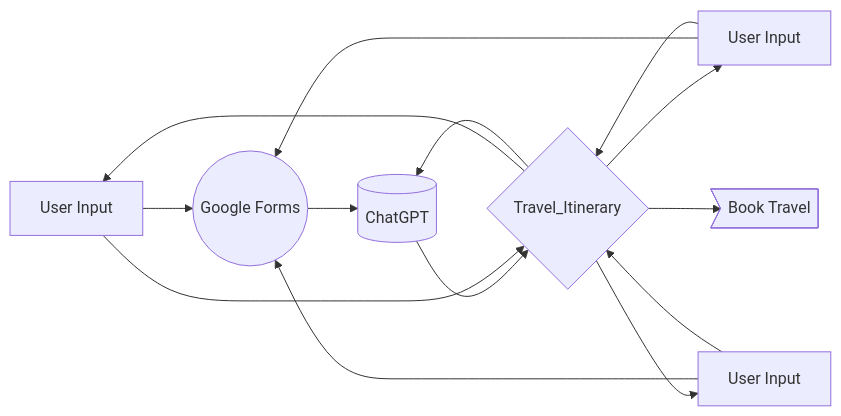
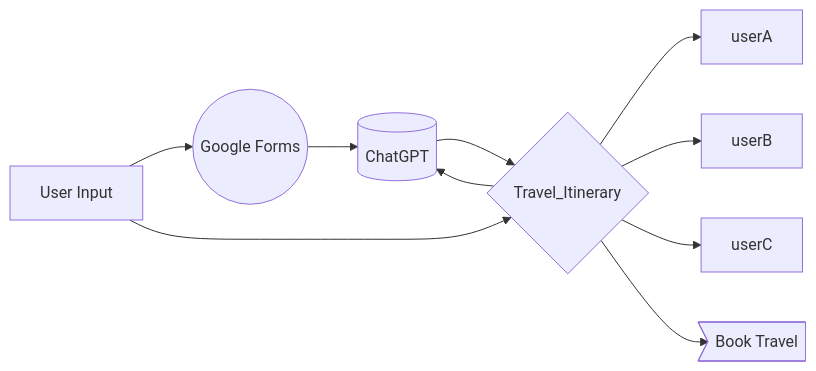
Before and after one commit to pjbrumm94/TravelApp: the diagram in README.md, drawn with Mermaid.

````diff
--- a/README.md
+++ b/README.md
@@ -7,16 +7,12 @@
 ```mermaid
 flowchart LR;
-  userA[User Input]-->In
-  userB[User Input]-->In
-  userC[User Input]-->In
+  usr[User Input]-->In
   In((Google Forms))-->LLM[(ChatGPT)];
   LLM-->Iti{Travel_Itinerary};
   Iti-->userA;
   Iti-->userB;
   Iti-->userC;
-  userA-->Iti;
-  userB-->Iti;
-  userC-->Iti;
+  usr-->Iti;
   Iti-->LLM;
   Iti-->Trav>Book Travel]
 ```
````
